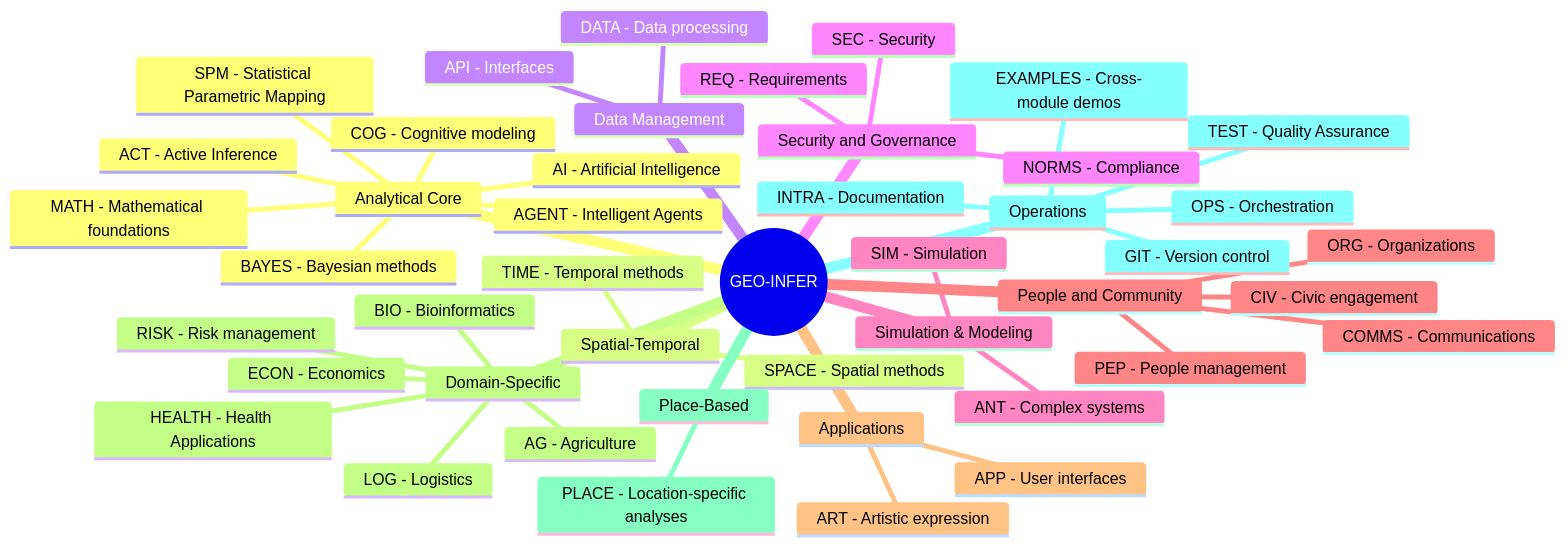
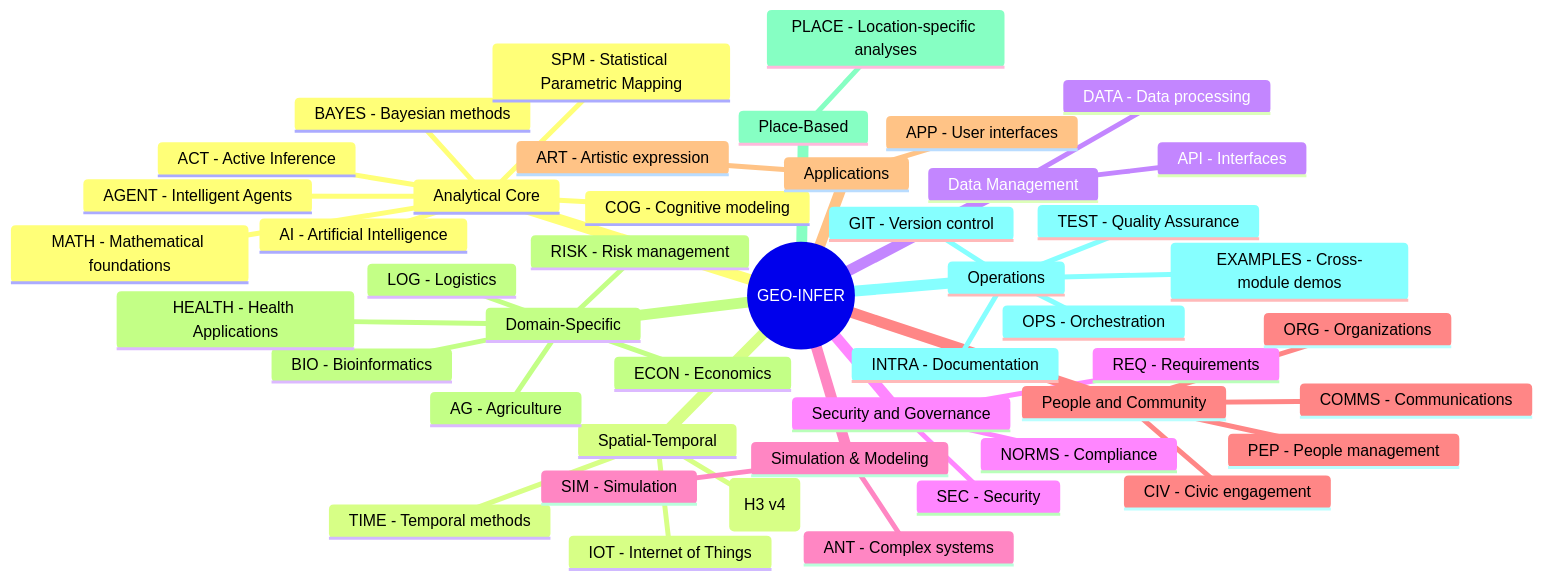
The first of 4 diagrams in README.md (ActiveInferenceInstitute/GEO-INFER), drawn with Mermaid before and after one commit. The commit also changed other lines of this file and 49 other files, not shown here.

````diff
--- a/README.md
+++ b/README.md
@@ -24,48 +54,49 @@
 ```mermaid
 mindmap
   root((GEO-INFER))
     Analytical Core
       ACT - Active Inference
       BAYES - Bayesian methods
       AI - Artificial Intelligence
       MATH - Mathematical foundations
       COG - Cognitive modeling
       AGENT - Intelligent Agents
       SPM - Statistical Parametric Mapping
     Spatial-Temporal
-      SPACE - Spatial methods
+      SPACE - Spatial methods (H3 v4)
       TIME - Temporal methods
+      IOT - Internet of Things
     Data Management
       DATA - Data processing
       API - Interfaces
     Security and Governance
       SEC - Security
       NORMS - Compliance
       REQ - Requirements
     Simulation & Modeling
       SIM - Simulation
       ANT - Complex systems
     People and Community
       CIV - Civic engagement
       PEP - People management
       ORG - Organizations
       COMMS - Communications
     Applications
       APP - User interfaces
       ART - Artistic expression
     Domain-Specific
       AG - Agriculture
       ECON - Economics
       RISK - Risk management
       LOG - Logistics
       BIO - Bioinformatics
       HEALTH - Health Applications
     Place-Based
       PLACE - Location-specific analyses
     Operations
       OPS - Orchestration
       INTRA - Documentation
       GIT - Version control
       TEST - Quality Assurance
       EXAMPLES - Cross-module demos
 ```
````
